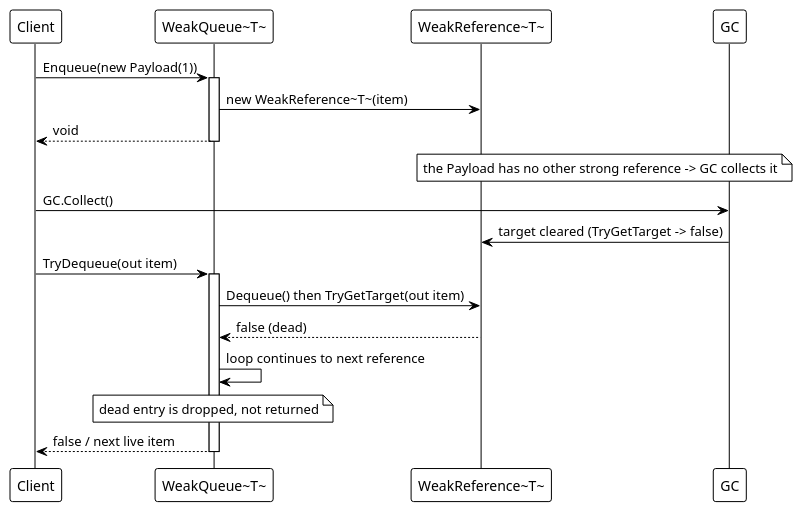
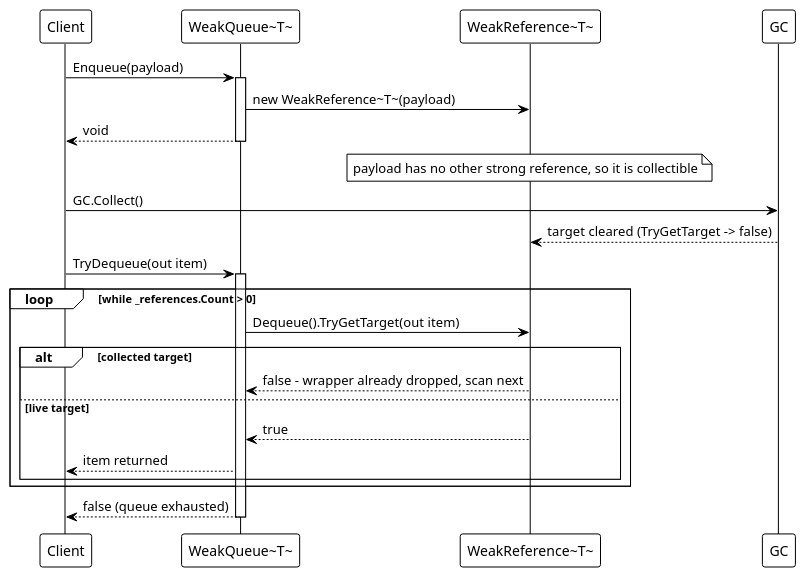
One commit to Axvser/VeloxDev.Docs changed the first of 3 diagrams in src/CloudGlyph/Assets/Docs/content/en/3_SE_Analysis/03_data-flow/07_weak-types/index.md. Above: the diagram before and after it, drawn with PlantUML. The commit also changed other lines of this file and 443 other files, not shown here.

````diff
--- a/src/CloudGlyph/Assets/Docs/content/en/3_SE_Analysis/03_data-flow/07_weak-types/index.md
+++ b/src/CloudGlyph/Assets/Docs/content/en/3_SE_Analysis/03_data-flow/07_weak-types/index.md
@@ -7,30 +7,35 @@
 ```plantuml
 @startuml
 !theme plain
 
 participant "Client" as C
 participant "WeakQueue~T~" as W
 participant "WeakReference~T~" as WR
 participant "GC" as G
 
-C -> W: Enqueue(new Payload(1))
+C -> W: Enqueue(payload)
 activate W
-W -> WR: new WeakReference~T~(item)
+W -> WR: new WeakReference~T~(payload)
 W --> C: void
 deactivate W
 
-note over WR,G: the Payload has no other strong reference -> GC collects it
+note over WR: payload has no other strong reference, so it is collectible
 
 C -> G: GC.Collect()
-G -> WR: target cleared (TryGetTarget -> false)
+G --> WR: target cleared (TryGetTarget -> false)
 
 C -> W: TryDequeue(out item)
 activate W
-W -> WR: Dequeue() then TryGetTarget(out item)
-WR --> W: false (dead)
-W -> W: loop continues to next reference
-note over W: dead entry is dropped, not returned
-W --> C: false / next live item
+loop while _references.Count > 0
+    W -> WR: Dequeue().TryGetTarget(out item)
+    alt collected target
+        WR --> W: false - wrapper already dropped, scan next
+    else live target
+        WR --> W: true
+        W --> C: item returned
+    end
+end
+W --> C: false (queue exhausted)
 deactivate W
 @enduml
 ```
````
